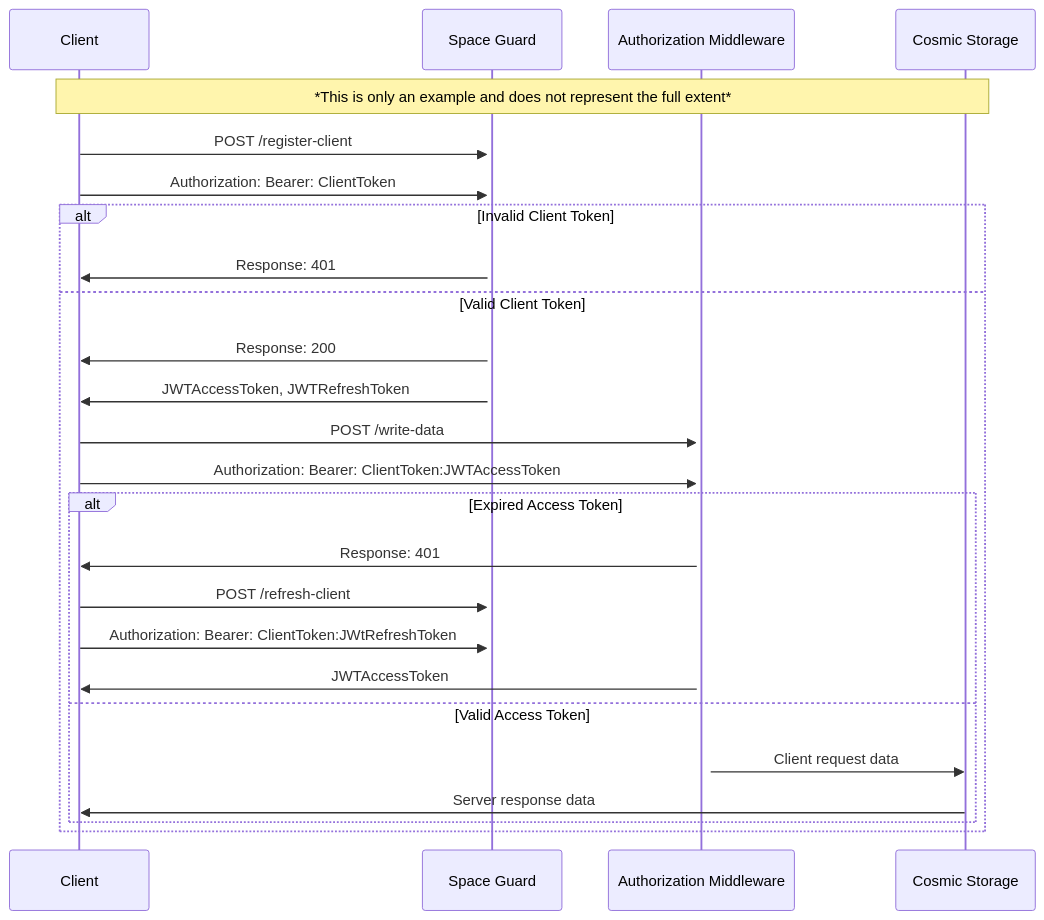
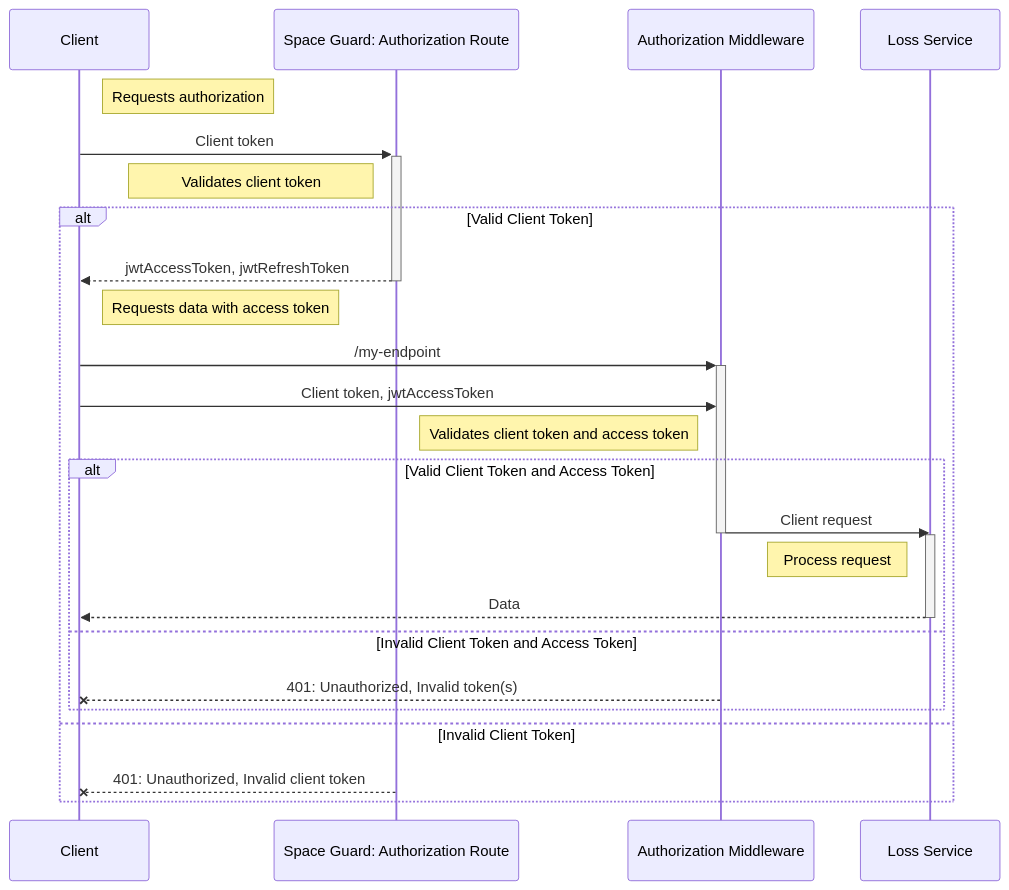
The diagram in docs/web/space-guard-service/authorization-doc.md (The-Glit-ch/Loopware-Online-Services-Server-Repository), drawn with Mermaid before and after one commit. The commit also changed other lines of this file and 1 other file, not shown here.

````diff
--- a/docs/web/space-guard-service/authorization-doc.md
+++ b/docs/web/space-guard-service/authorization-doc.md
@@ -15,32 +14,29 @@
 ```mermaid
 sequenceDiagram
 	participant client as Client
-	participant space_guard as Space Guard
-	participant auth_middleware as Authorization Middleware
-	participant server_resource as Cosmic Storage
+	participant space_guard as Space Guard: Authorization Route
+	participant authorization_middleware as Authorization Middleware
+	participant private_service as Loss Service
 
-	Note over client,server_resource: *This is only an example and does not represent the full extent*
-
-	client->>+space_guard: POST /register-client
-	client->>+space_guard: Authorization: Bearer: ClientToken
-	
-	alt Invalid Client Token
-		space_guard->>client: Response: 401
-	else Valid Client Token
-		space_guard->>client: Response: 200
-		space_guard->>client: JWTAccessToken, JWTRefreshToken
-
-		client->>+auth_middleware: POST /write-data
-		client->>+auth_middleware: Authorization: Bearer: ClientToken:JWTAccessToken
-
-		alt Expired Access Token
-			auth_middleware->>client: Response: 401
-			client->>+space_guard: POST /refresh-client
-			client->>+space_guard: Authorization: Bearer: ClientToken:JWtRefreshToken
-			auth_middleware->>client: JWTAccessToken
-		else Valid Access Token
-			auth_middleware->>server_resource: Client request data
-			server_resource->>client: Server response data
+	Note right of client: Requests authorization
+	client ->>+ space_guard: Client token
+	Note left of space_guard: Validates client token
+	alt Valid Client Token
+		space_guard -->>- client: jwtAccessToken, jwtRefreshToken
+		Note right of client: Requests data with access token
+		client ->>+ authorization_middleware: /my-endpoint
+		client ->> authorization_middleware: Client token, jwtAccessToken
+		Note left of authorization_middleware: Validates client token and access token
+		alt Valid Client Token and Access Token
+			authorization_middleware ->>- private_service: Client request
+			activate private_service
+			Note left of private_service: Process request
+			private_service -->> client: Data
+			deactivate private_service
+		else Invalid Client Token and Access Token
+			authorization_middleware --x client: 401: Unauthorized, Invalid token(s)
 		end
+	else Invalid Client Token
+		space_guard --x client: 401: Unauthorized, Invalid client token
 	end
 ```
````
